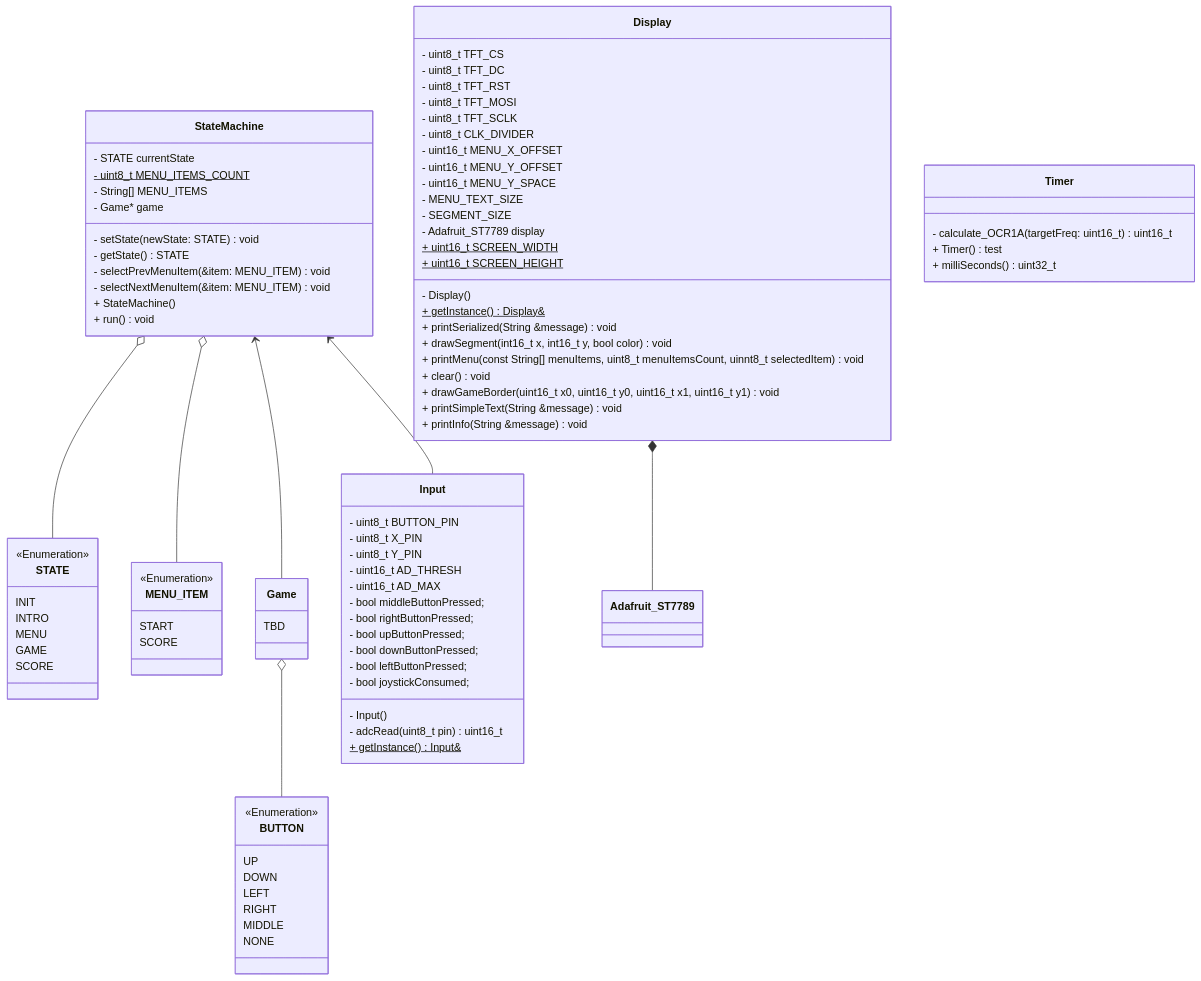
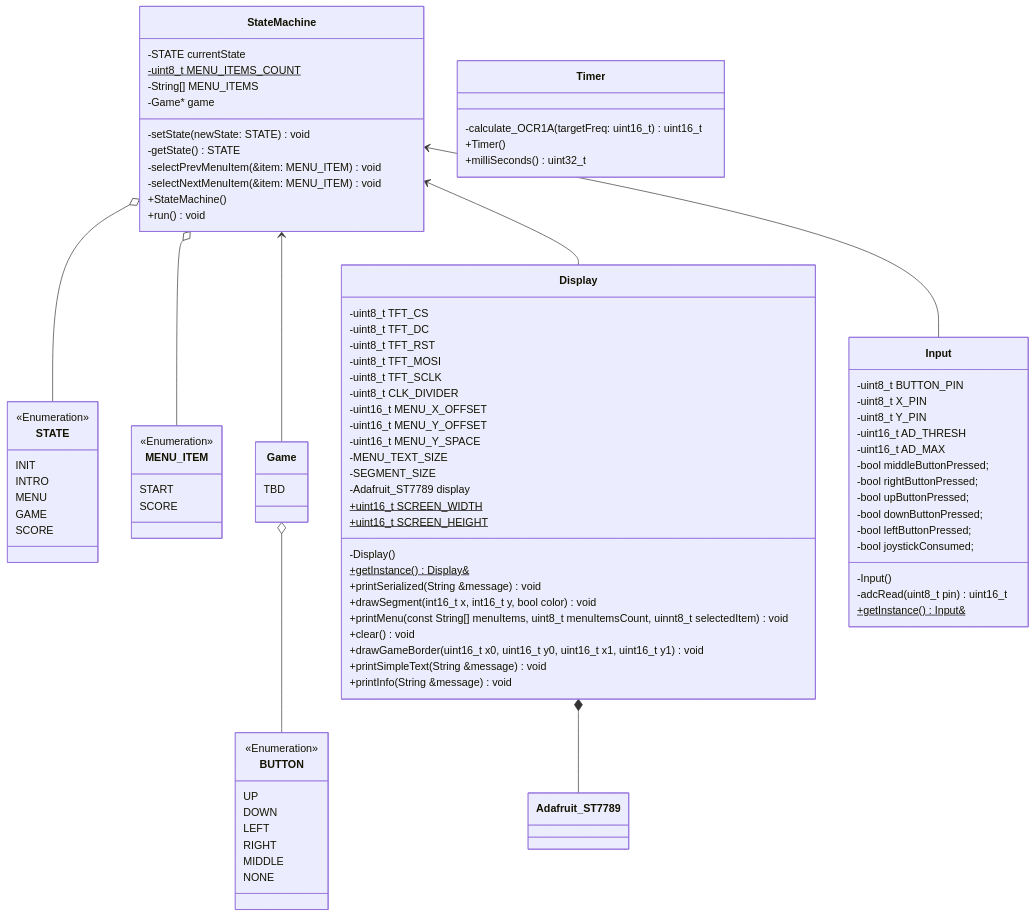
Before and after one commit to bytehaufen/arduino-snake: the diagram in doc/diagrams/assets/classdiagram.md, drawn with Mermaid.

Commit message:
chore(doc): Refactor classdiagram.

````diff
--- a/doc/diagrams/assets/classdiagram.md
+++ b/doc/diagrams/assets/classdiagram.md
@@ -6,27 +6,28 @@
   StateMachine o-- STATE
   StateMachine o-- MENU_ITEM
   StateMachine <-- Game
+  StateMachine <-- Display
   StateMachine <-- Input
   Game o-- BUTTON
   Display *-- Adafruit_ST7789
 
   class Timer {
-    - calculate_OCR1A(targetFreq: uint16_t) uint16_t
-    + Timer() test
-    + milliSeconds() uint32_t
+    -calculate_OCR1A(targetFreq: uint16_t) uint16_t
+    +Timer()
+    +milliSeconds() uint32_t
   }
 
   class StateMachine {
-    - STATE currentState
-    - uint8_t MENU_ITEMS_COUNT$
-    - String[] MENU_ITEMS
-    - Game* game
-    - setState(newState: STATE) void
-    - getState() STATE
-    - selectPrevMenuItem(&item: MENU_ITEM) void
-    - selectNextMenuItem(&item: MENU_ITEM) void
-    + StateMachine()
-    + run() void
+    -STATE currentState
+    -uint8_t MENU_ITEMS_COUNT$
+    -String[] MENU_ITEMS
+    -Game* game
+    -setState(newState: STATE) void
+    -getState() STATE
+    -selectPrevMenuItem(&item: MENU_ITEM) void
+    -selectNextMenuItem(&item: MENU_ITEM) void
+    +StateMachine()
+    +run() void
   }
 
   class STATE {
@@ -49,20 +50,20 @@
   }
 
   class Input {
-    - uint8_t BUTTON_PIN
-    - uint8_t X_PIN
-    - uint8_t Y_PIN
-    - uint16_t AD_THRESH
-    - uint16_t AD_MAX
-    - bool middleButtonPressed;
-    - bool rightButtonPressed;
-    - bool upButtonPressed;
-    - bool downButtonPressed;
-    - bool leftButtonPressed;
-    - bool joystickConsumed;
-    - Input()
-    - adcRead(uint8_t pin) uint16_t
-    + getInstance()$ Input&
+    -uint8_t BUTTON_PIN
+    -uint8_t X_PIN
+    -uint8_t Y_PIN
+    -uint16_t AD_THRESH
+    -uint16_t AD_MAX
+    -bool middleButtonPressed;
+    -bool rightButtonPressed;
+    -bool upButtonPressed;
+    -bool downButtonPressed;
+    -bool leftButtonPressed;
+    -bool joystickConsumed;
+    -Input()
+    -adcRead(uint8_t pin) uint16_t
+    +getInstance()$ Input&
   }
 
   class BUTTON {
@@ -76,29 +77,28 @@
   }
 
   class Display {
-    - uint8_t TFT_CS
-    - uint8_t TFT_DC
-    - uint8_t TFT_RST
-    - uint8_t TFT_MOSI
-    - uint8_t TFT_SCLK
-    - uint8_t CLK_DIVIDER
-    - uint16_t MENU_X_OFFSET
-    - uint16_t MENU_Y_OFFSET
-    - uint16_t MENU_Y_SPACE
-    - MENU_TEXT_SIZE
-    - SEGMENT_SIZE
-    - Display()
-    - Adafruit_ST7789 display
-    + uint16_t SCREEN_WIDTH$
-    + uint16_t SCREEN_HEIGHT$
-    + getInstance()$ Display&
-    + printSerialized(String &message) void
-    + drawSegment(int16_t x, int16_t y, bool color) void
-    + printMenu(const String[] menuItems, uint8_t menuItemsCount, uinnt8_t selectedItem) void
-    + clear() void
-    + drawGameBorder(uint16_t x0, uint16_t y0, uint16_t x1, uint16_t y1) void
-    + printSimpleText(String &message) void
-    + printInfo(String &message) void
+    -uint8_t TFT_CS
+    -uint8_t TFT_DC
+    -uint8_t TFT_RST
+    -uint8_t TFT_MOSI
+    -uint8_t TFT_SCLK
+    -uint8_t CLK_DIVIDER
+    -uint16_t MENU_X_OFFSET
+    -uint16_t MENU_Y_OFFSET
+    -uint16_t MENU_Y_SPACE
+    -MENU_TEXT_SIZE
+    -SEGMENT_SIZE
+    -Display()
+    -Adafruit_ST7789 display
+    +uint16_t SCREEN_WIDTH$
+    +uint16_t SCREEN_HEIGHT$
+    +getInstance()$ Display&
+    +printSerialized(String &message) void
+    +drawSegment(int16_t x, int16_t y, bool color) void
+    +printMenu(const String[] menuItems, uint8_t menuItemsCount, uinnt8_t selectedItem) void
+    +clear() void
+    +drawGameBorder(uint16_t x0, uint16_t y0, uint16_t x1, uint16_t y1) void
+    +printSimpleText(String &message) void
+    +printInfo(String &message) void
   }
-
 ```
````
